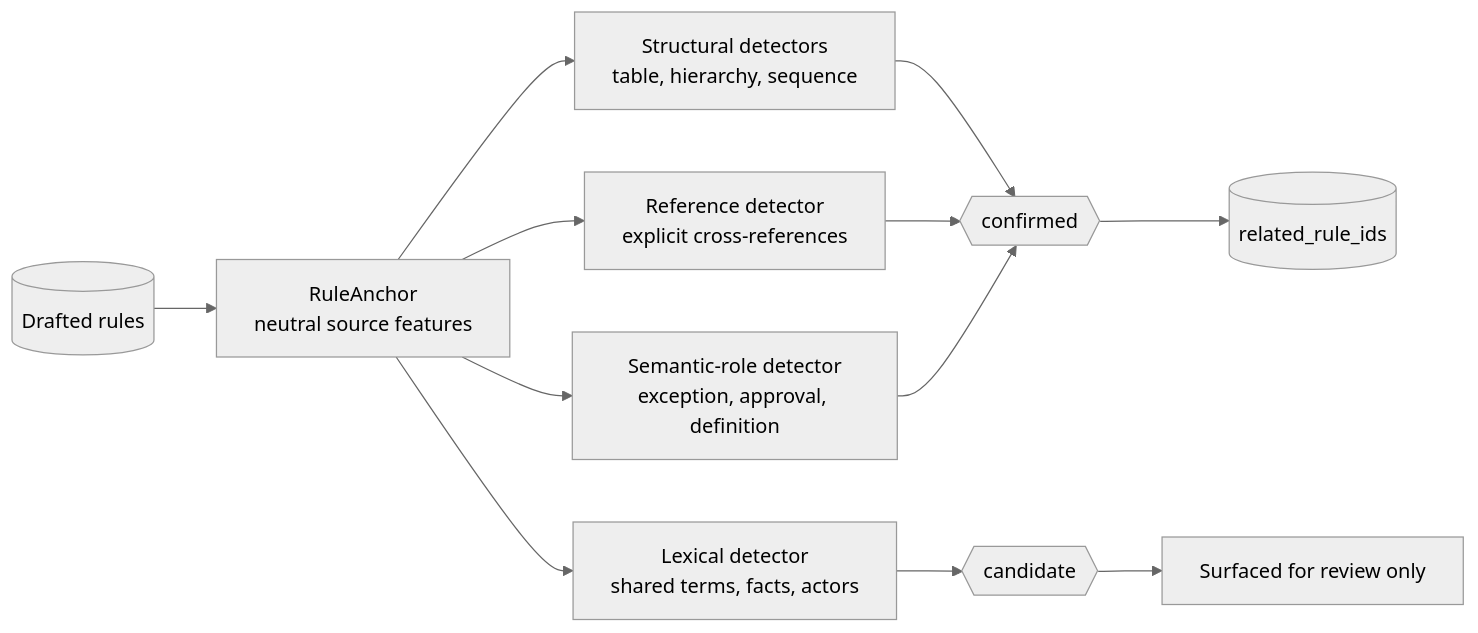
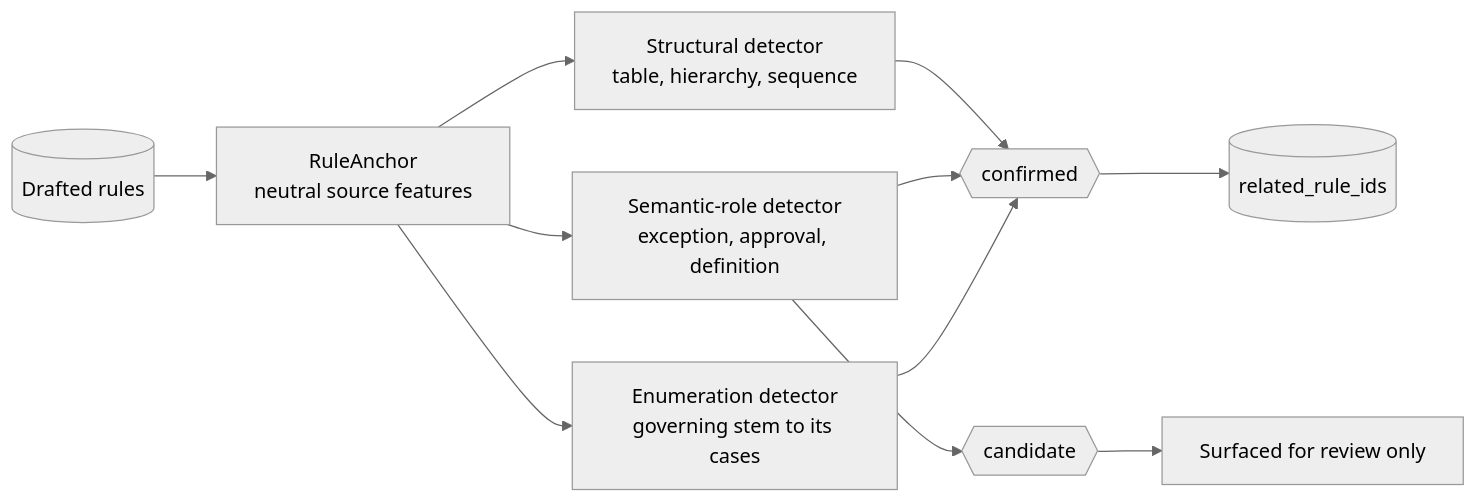
Before and after one commit to taomar/policy-governance-engine: the diagram in docs/relationships.md, drawn with Mermaid (neutral theme). The commit also changed other lines of this file and 22 other files, not shown here.

````diff
--- a/docs/relationships.md
+++ b/docs/relationships.md
@@ -77,14 +83,13 @@
 ```mermaid
 flowchart LR
     Rules[("Drafted rules")] --> Anchors["RuleAnchor<br/>neutral source features"]
-    Anchors --> Structural["Structural detectors<br/>table, hierarchy, sequence"]
-    Anchors --> Reference["Reference detector<br/>explicit cross-references"]
+    Anchors --> Structural["Structural detector<br/>table, hierarchy, sequence"]
     Anchors --> Role["Semantic-role detector<br/>exception, approval, definition"]
-    Anchors --> Lexical["Lexical detector<br/>shared terms, facts, actors"]
+    Anchors --> Enum["Enumeration detector<br/>governing stem to its cases"]
     Structural --> Confirmed{{"confirmed"}}
-    Reference --> Confirmed
     Role --> Confirmed
-    Lexical --> Candidate{{"candidate"}}
+    Role --> Candidate{{"candidate"}}
+    Enum --> Confirmed
     Confirmed --> Related[("related_rule_ids")]
     Candidate --> Review["Surfaced for review only"]
 ```
````
